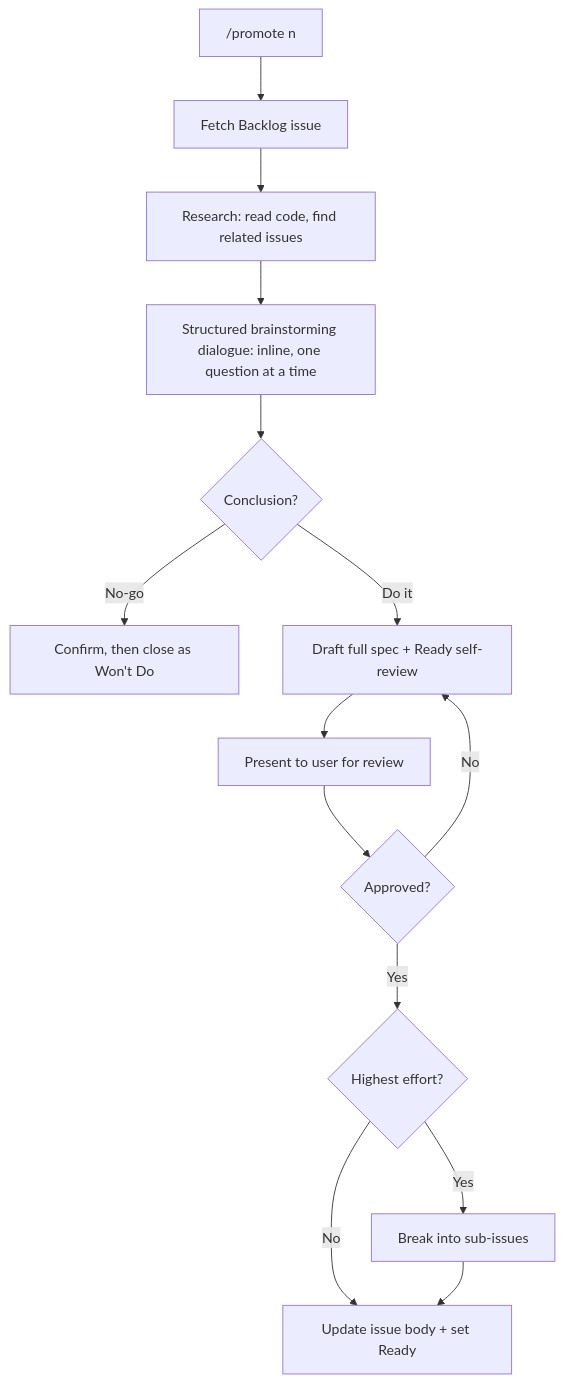
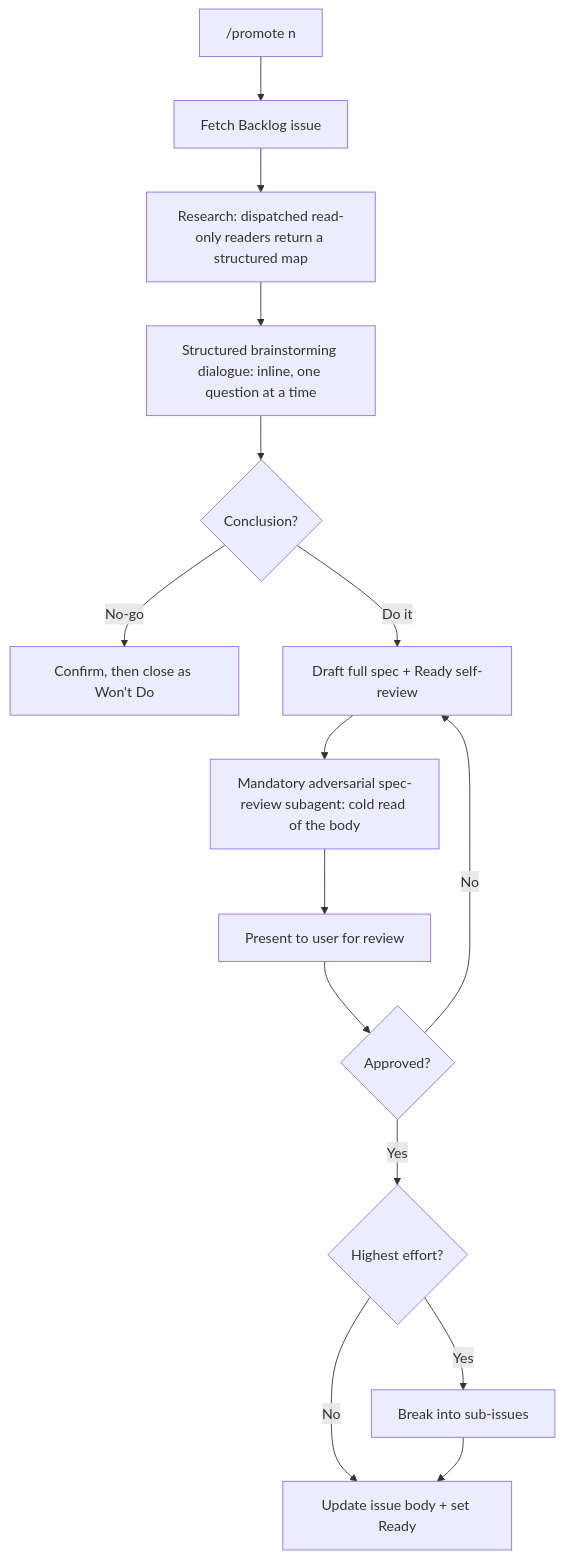
Before and after one commit to trackness/claude-agents: the fifth of 8 diagrams in README.md, drawn with Mermaid. The commit also changed other lines of this file, not shown here.

First line of the commit message:
docs: align README with dispatched-implementation and mandatory spec-review architecture

````diff
--- a/README.md
+++ b/README.md
@@ -232,16 +232,17 @@
 ```mermaid
 flowchart TD
     A["/promote n"] --> B[Fetch Backlog issue]
-    B --> C[Research: read code, find related issues]
+    B --> C[Research: dispatched read-only readers return a structured map]
     C --> D[Structured brainstorming dialogue: inline, one question at a time]
     D --> WD{Conclusion?}
     WD -->|No-go| X[Confirm, then close as Won't Do]
     WD -->|Do it| E[Draft full spec + Ready self-review]
-    E --> F[Present to user for review]
+    E --> SR[Mandatory adversarial spec-review subagent: cold read of the body]
+    SR --> F[Present to user for review]
     F --> G{Approved?}
     G -->|No| E
     G -->|Yes| H{Highest effort?}
     H -->|No| I[Update issue body + set Ready]
     H -->|Yes| J[Break into sub-issues]
     J --> I
 ```
````
